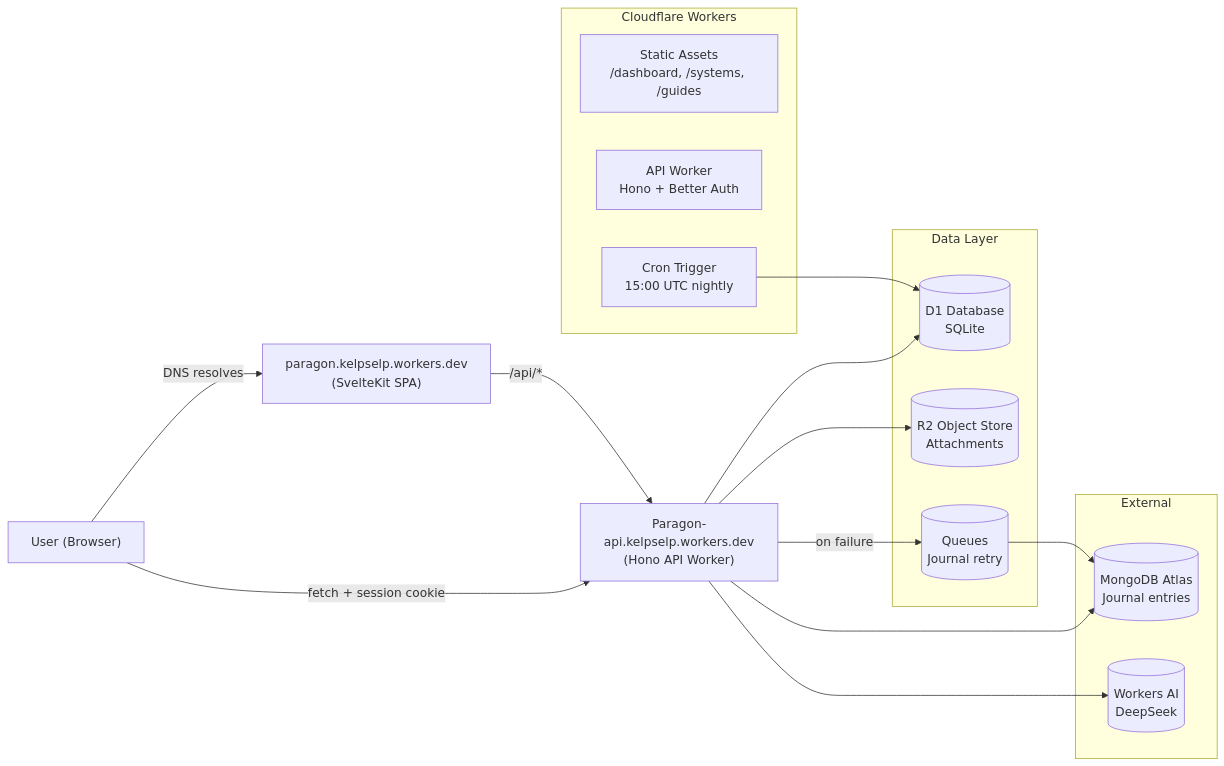
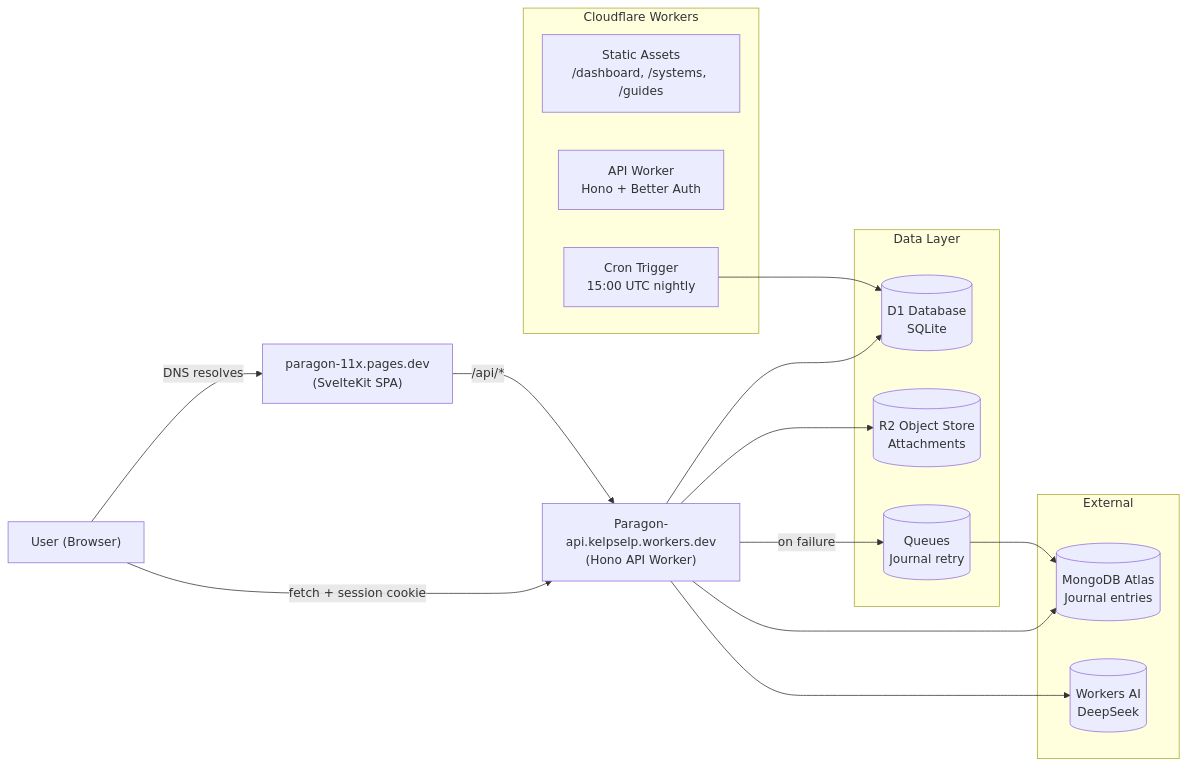
Before and after one commit to Zyxavy/Paragon: the second of 21 diagrams in docs/system-design.md, drawn with Mermaid. The commit also changed other lines of this file and 6 other files, not shown here.

Commit message:
docs: update references from Workers to Pages domain

````diff
--- a/docs/system-design.md
+++ b/docs/system-design.md
@@ -78,35 +78,35 @@
 ```mermaid
 flowchart LR
     User["User (Browser)"]
-    Domains["paragon.kelpselp.workers.dev<br/>(SvelteKit SPA)"]
+    Domains["paragon-11x.pages.dev<br/>(SvelteKit SPA)"]
     ApiDomain["Paragon-api.kelpselp.workers.dev<br/>(Hono API Worker)"]
 
     subgraph CF["Cloudflare Workers"]
         SPA["Static Assets<br/>/dashboard, /systems, /guides"]
         API["API Worker<br/>Hono + Better Auth"]
         CRON["Cron Trigger<br/>15:00 UTC nightly"]
     end
 
     subgraph Storage["Data Layer"]
         D1[("D1 Database<br/>SQLite")]
         R2[("R2 Object Store<br/>Attachments")]
         MQ[("Queues<br/>Journal retry")]
     end
 
     subgraph Ext["External"]
         MONGO[("MongoDB Atlas<br/>Journal entries")]
         WAI[("Workers AI<br/>DeepSeek")]
     end
 
     User -->|"DNS resolves"| Domains
     User -->|"fetch + session cookie"| ApiDomain
     Domains -->|"/api/*"| ApiDomain
     
     ApiDomain --> D1
     ApiDomain --> R2
     ApiDomain --> MONGO
     ApiDomain --> WAI
     ApiDomain -->|"on failure"| MQ
     MQ --> MONGO
     CRON --> D1
 ```
````
